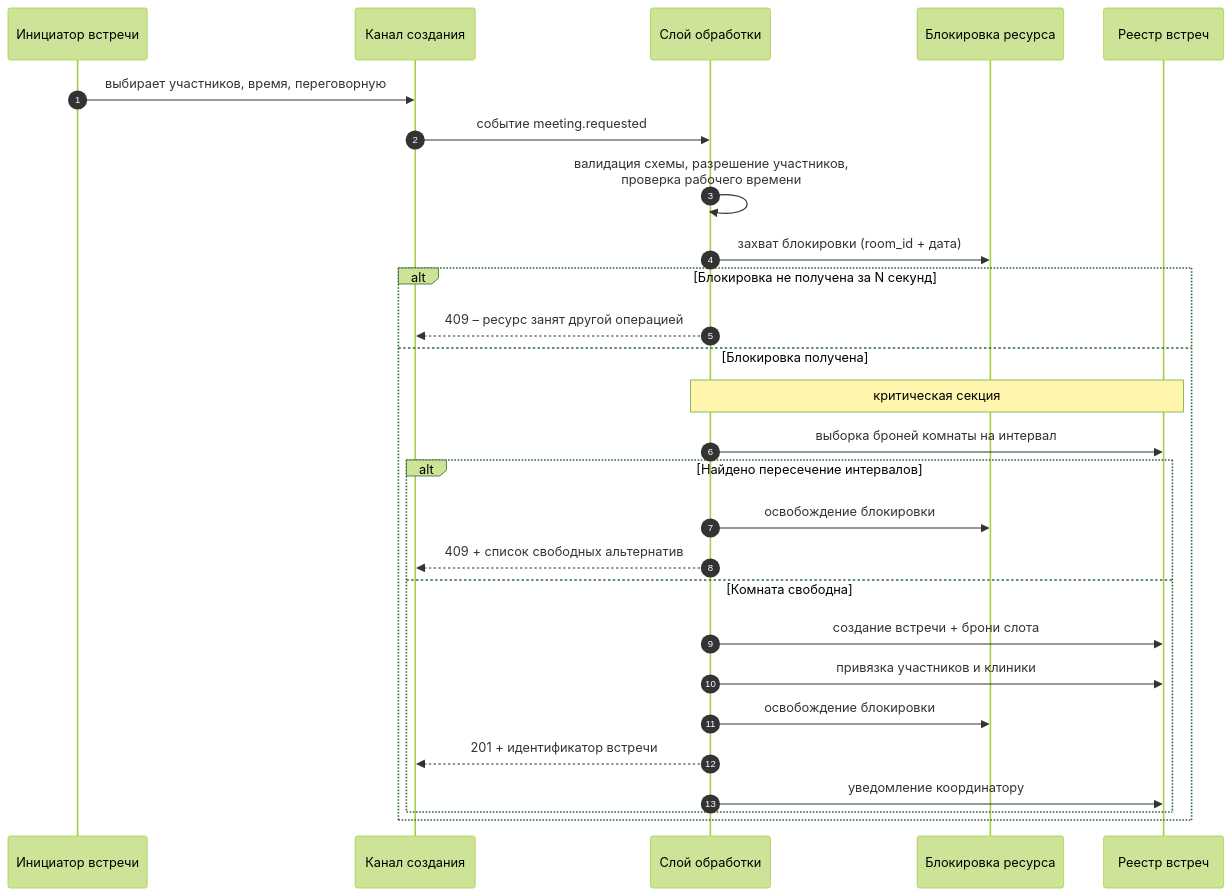
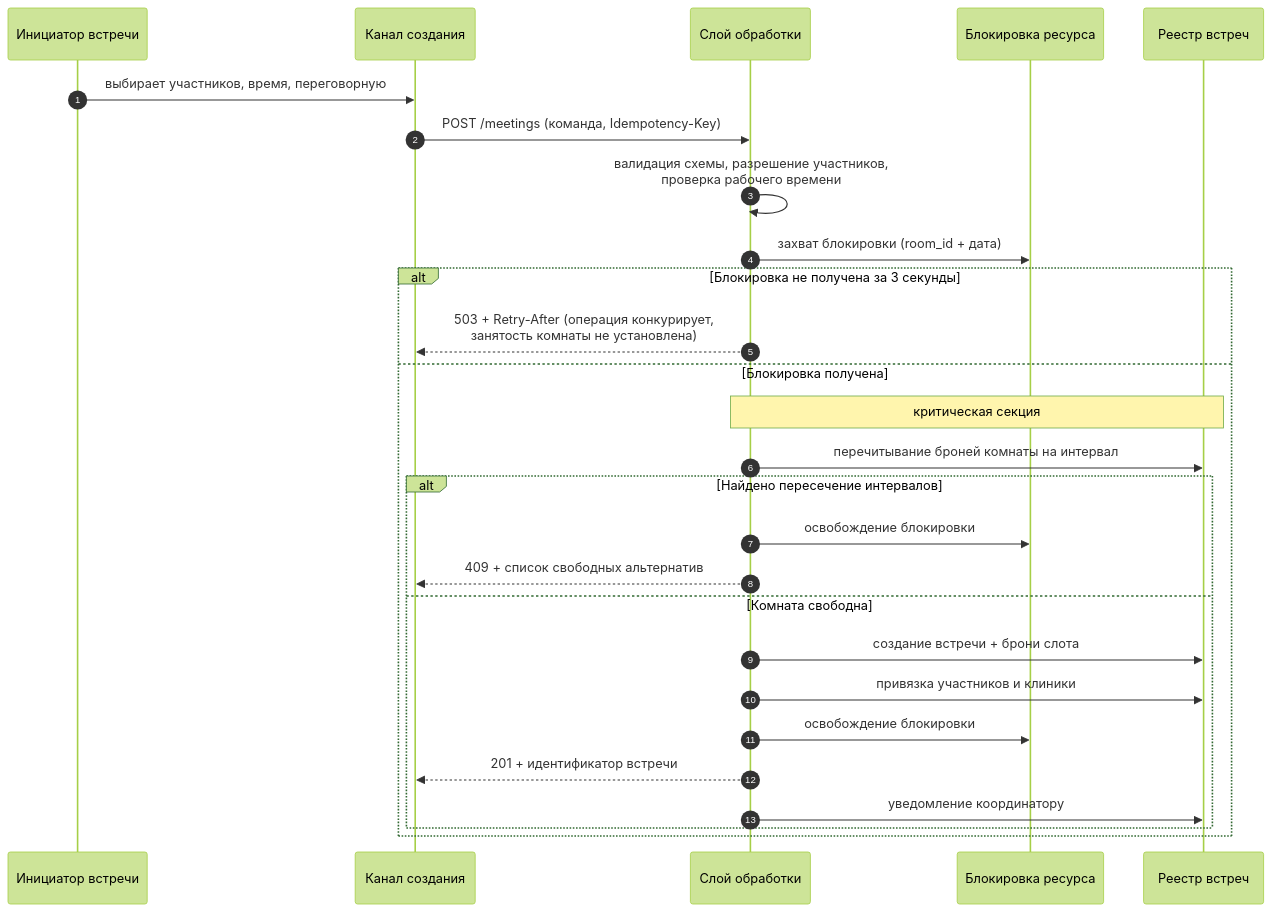
Before and after one commit to doomsdayoff/system-analysis-portfolio: the second of 4 diagrams in case-01-meeting-room-management/README.md, drawn with Mermaid (forest theme). The commit also changed other lines of this file, not shown here.

Commit message:
Кейс 01: требования и бизнес-правила, механика блокировки, целевой вариант на exclusion constraint, история броней в модели, разграничение доступа, конкурентные тесты

````diff
--- a/case-01-meeting-room-management/README.md
+++ b/case-01-meeting-room-management/README.md
@@ -67,29 +98,29 @@
 ```mermaid
 sequenceDiagram
     autonumber
     participant U as Инициатор встречи
     participant P as Канал создания
     participant MW as Слой обработки
     participant LK as Блокировка ресурса
     participant REG as Реестр встреч
     U->>P: выбирает участников, время, переговорную
-    P->>MW: событие meeting.requested
+    P->>MW: POST /meetings (команда, Idempotency-Key)
     MW->>MW: валидация схемы, разрешение участников,<br/>проверка рабочего времени
     MW->>LK: захват блокировки (room_id + дата)
-    alt Блокировка не получена за N секунд
-        MW-->>P: 409 – ресурс занят другой операцией
+    alt Блокировка не получена за 3 секунды
+        MW-->>P: 503 + Retry-After (операция конкурирует,<br/>занятость комнаты не установлена)
     else Блокировка получена
         Note over MW,REG: критическая секция
-        MW->>REG: выборка броней комнаты на интервал
+        MW->>REG: перечитывание броней комнаты на интервал
         alt Найдено пересечение интервалов
             MW->>LK: освобождение блокировки
             MW-->>P: 409 + список свободных альтернатив
         else Комната свободна
             MW->>REG: создание встречи + брони слота
             MW->>REG: привязка участников и клиники
             MW->>LK: освобождение блокировки
             MW-->>P: 201 + идентификатор встречи
             MW->>REG: уведомление координатору
         end
     end
 ```
````
